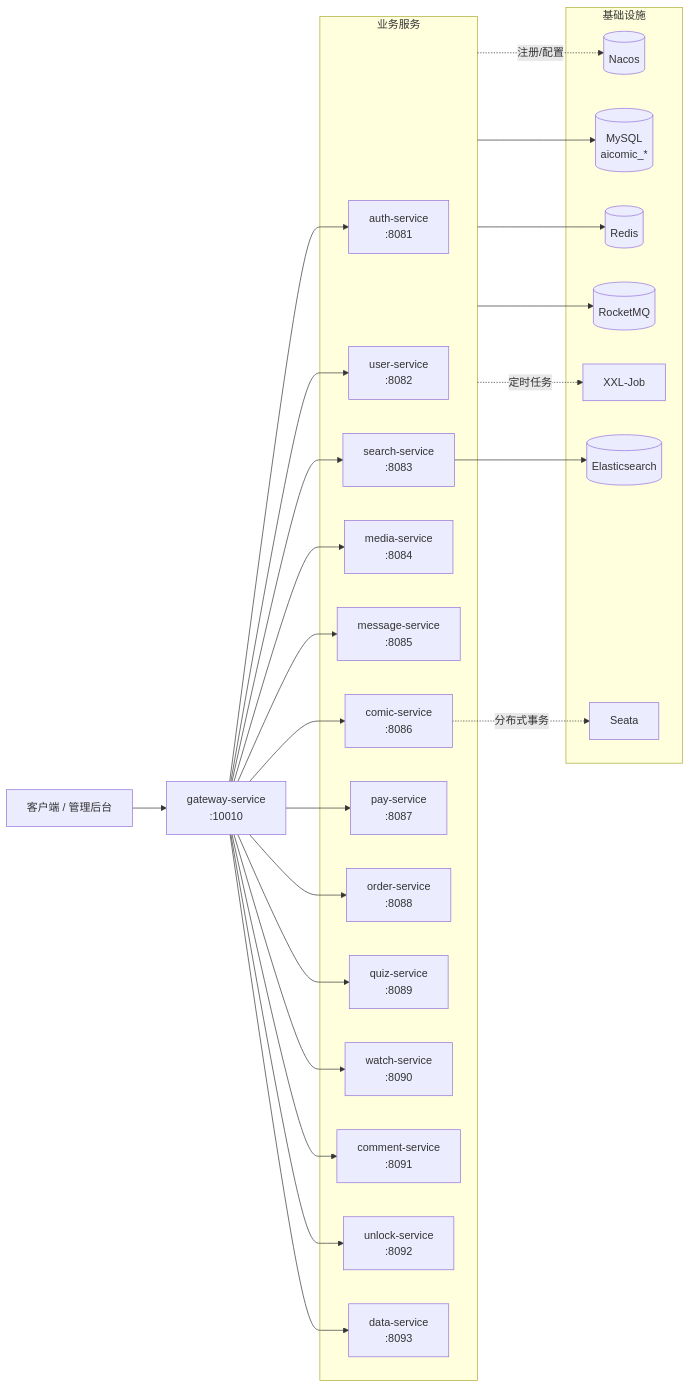
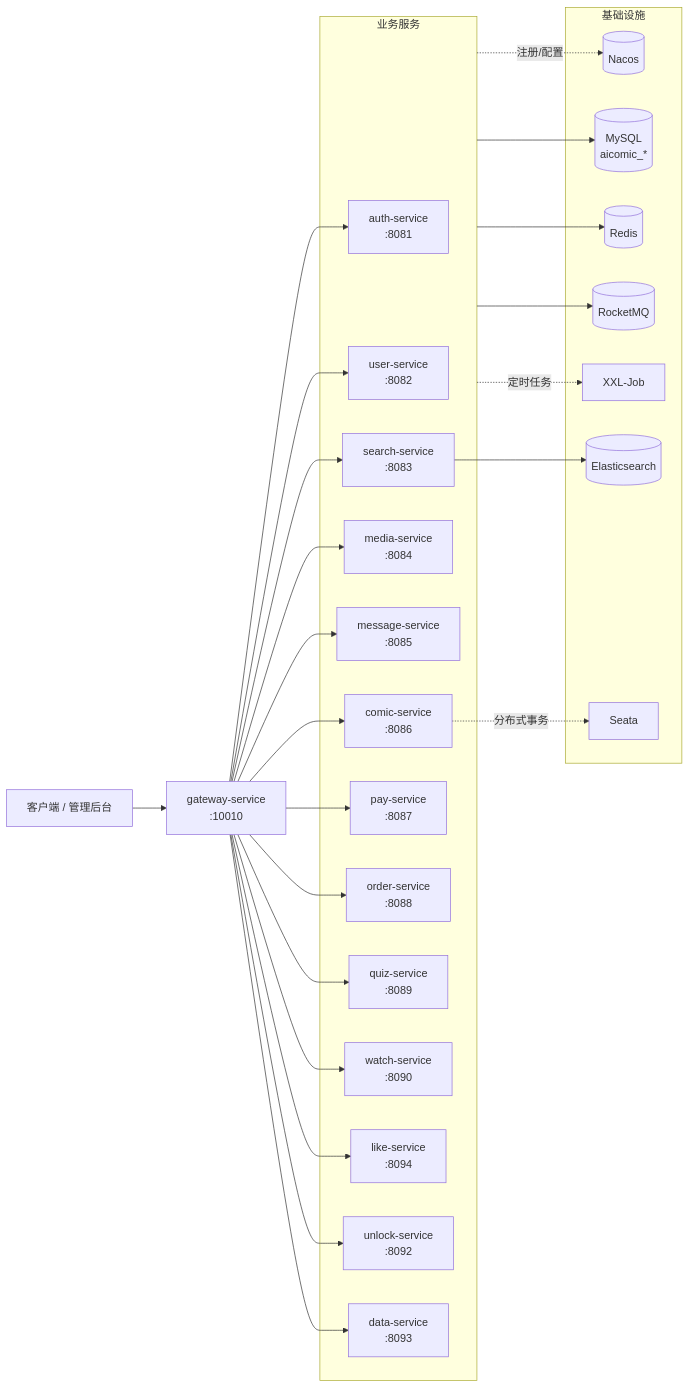
Before and after one commit to sheepsheep678/AI-comic-drama: the diagram in README.md, drawn with Mermaid. The commit also changed other lines of this file and 189 other files, not shown here.

````diff
--- a/README.md
+++ b/README.md
@@ -90,41 +90,41 @@
 ```mermaid
 flowchart LR
     client[客户端 / 管理后台] --> gateway[gateway-service<br/>:10010]
 
     subgraph 业务服务
         auth[auth-service<br/>:8081]
         user[user-service<br/>:8082]
         search[search-service<br/>:8083]
         media[media-service<br/>:8084]
         message[message-service<br/>:8085]
         comic[comic-service<br/>:8086]
         pay[pay-service<br/>:8087]
         order[order-service<br/>:8088]
         quiz[quiz-service<br/>:8089]
         watch[watch-service<br/>:8090]
-        comment[comment-service<br/>:8091]
+        like[like-service<br/>:8094]
         unlock[unlock-service<br/>:8092]
         data[data-service<br/>:8093]
     end
 
     gateway --> auth & user & search & media & message
-    gateway --> comic & pay & order & quiz & watch & comment & unlock & data
+    gateway --> comic & pay & order & quiz & watch & like & unlock & data
 
     subgraph 基础设施
         nacos[(Nacos)]
         mysql[(MySQL<br/>aicomic_*)]
         redis[(Redis)]
         mq[(RocketMQ)]
         es[(Elasticsearch)]
         xxl[XXL-Job]
         seata[Seata]
     end
 
     业务服务 -.注册/配置.-> nacos
     业务服务 --> mysql
     业务服务 --> redis
     业务服务 --> mq
     search --> es
     业务服务 -.定时任务.-> xxl
     comic -.分布式事务.-> seata
 ```
````
